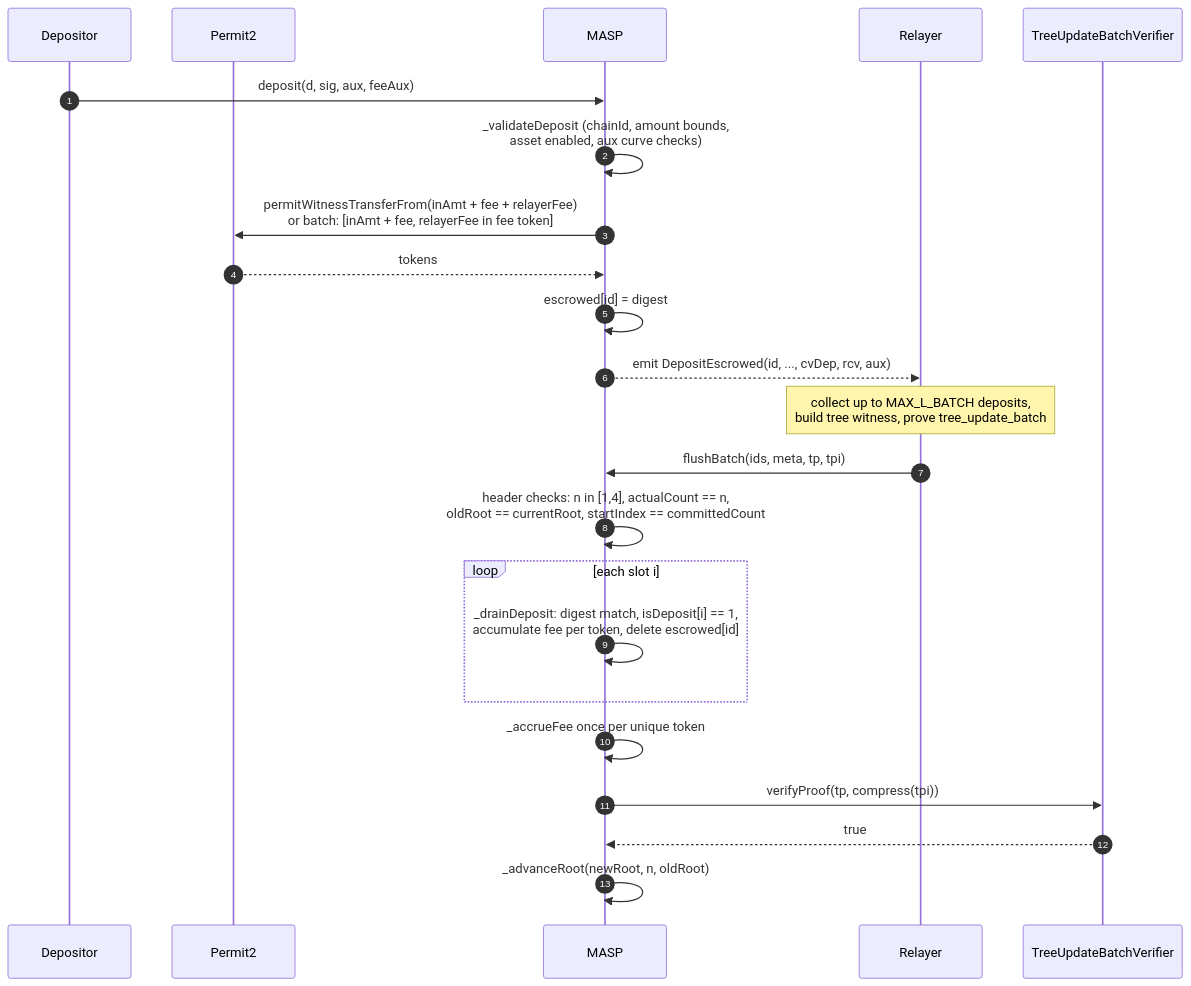
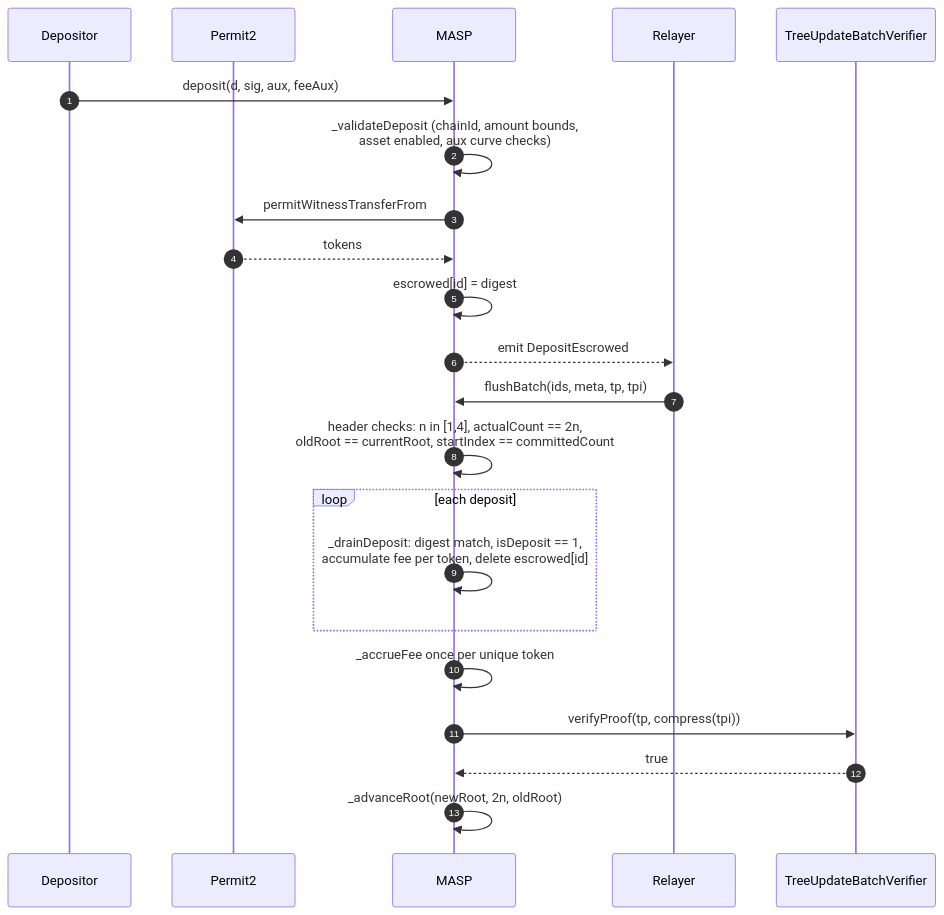
Before and after one commit to lelantos-org/contracts: the first of 2 diagrams in src/README.md, drawn with Mermaid. The commit also changed other lines of this file and 256 other files, not shown here.

````diff
--- a/src/README.md
+++ b/src/README.md
@@ -436,28 +214,26 @@
 ```mermaid
 sequenceDiagram
   autonumber
   participant U as Depositor
   participant P2 as Permit2
   participant M as MASP
   participant Rl as Relayer
   participant TV as TreeUpdateBatchVerifier
 
   U->>M: deposit(d, sig, aux, feeAux)
   M->>M: _validateDeposit (chainId, amount bounds,<br/>asset enabled, aux curve checks)
-  M->>P2: permitWitnessTransferFrom(inAmt + fee + relayerFee)<br/>or batch: [inAmt + fee, relayerFee in fee token]
+  M->>P2: permitWitnessTransferFrom
   P2-->>M: tokens
   M->>M: escrowed[id] = digest
-  M-->>Rl: emit DepositEscrowed(id, ..., cvDep, rcv, aux)
-
-  Note over Rl: collect up to MAX_L_BATCH deposits,<br/>build tree witness, prove tree_update_batch
+  M-->>Rl: emit DepositEscrowed
 
   Rl->>M: flushBatch(ids, meta, tp, tpi)
-  M->>M: header checks: n in [1,4], actualCount == n,<br/>oldRoot == currentRoot, startIndex == committedCount
-  loop each slot i
-    M->>M: _drainDeposit: digest match, isDeposit[i] == 1,<br/>accumulate fee per token, delete escrowed[id]
+  M->>M: header checks: n in [1,4], actualCount == 2n,<br/>oldRoot == currentRoot, startIndex == committedCount
+  loop each deposit
+    M->>M: _drainDeposit: digest match, isDeposit == 1,<br/>accumulate fee per token, delete escrowed[id]
   end
   M->>M: _accrueFee once per unique token
   M->>TV: verifyProof(tp, compress(tpi))
   TV-->>M: true
-  M->>M: _advanceRoot(newRoot, n, oldRoot)
+  M->>M: _advanceRoot(newRoot, 2n, oldRoot)
 ```
````
